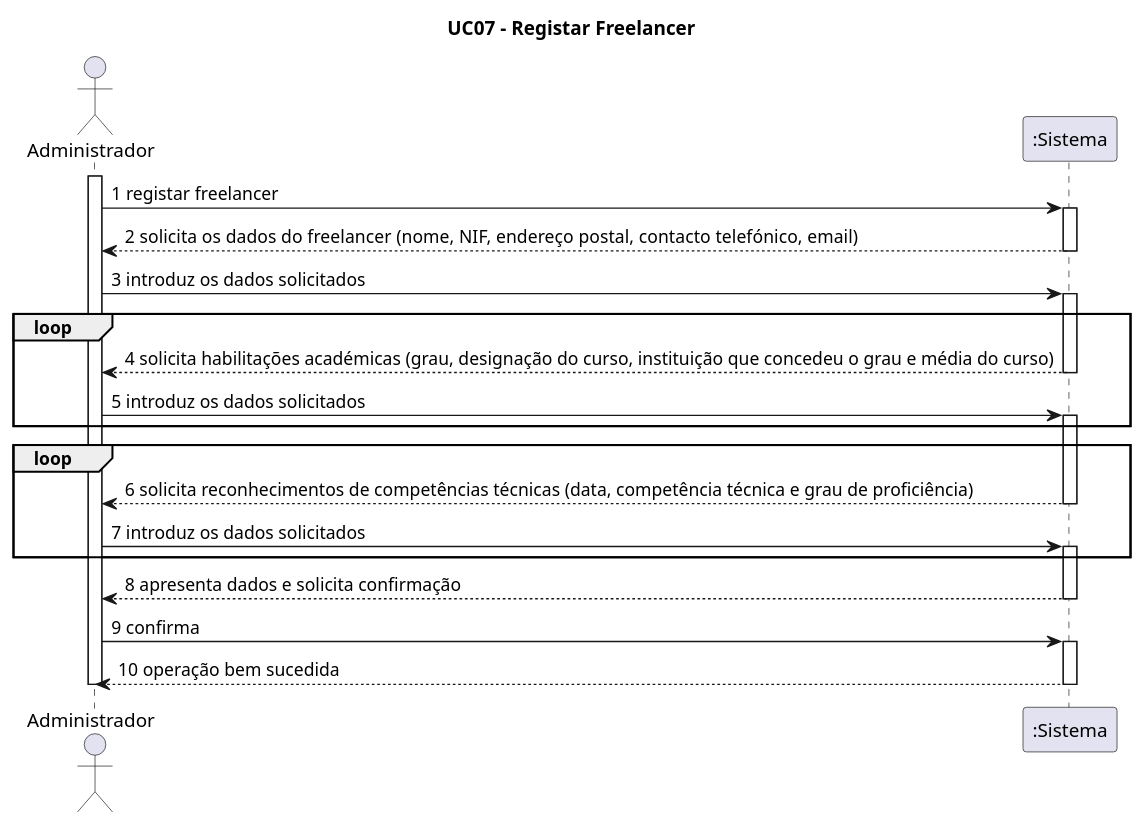
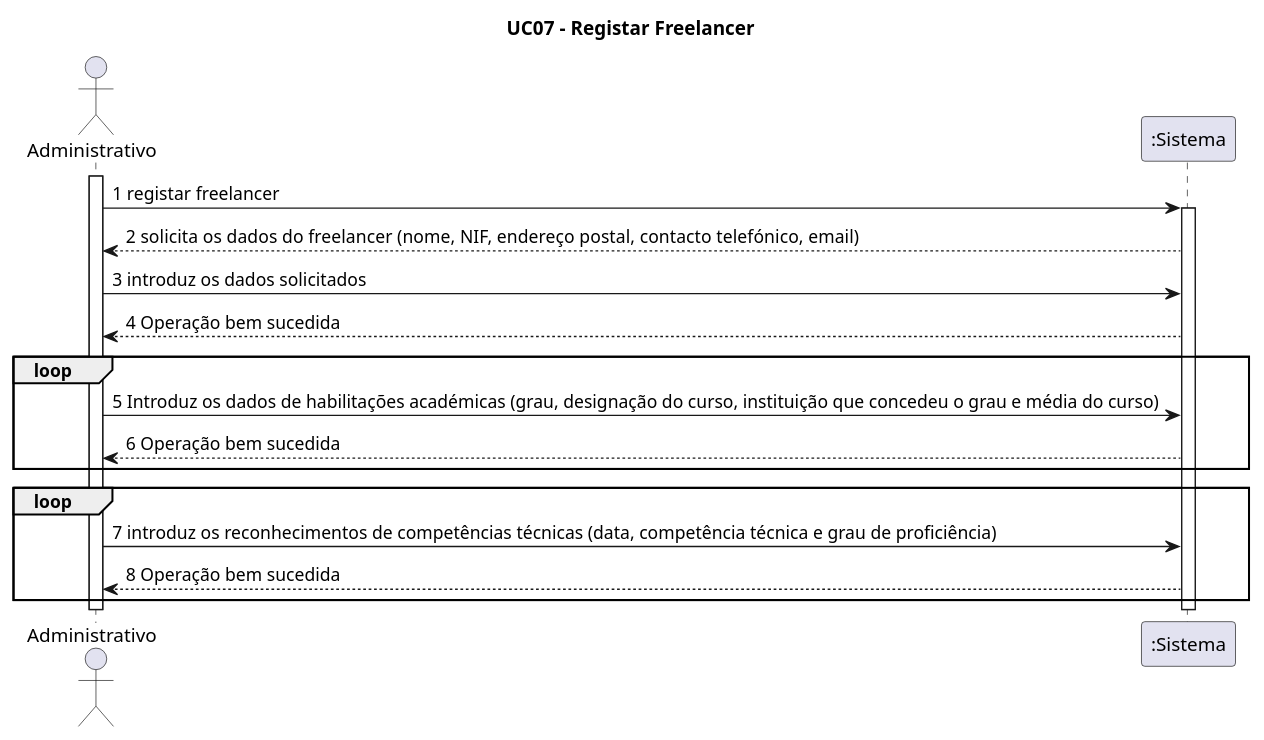
Before and after one commit to blestonbandeiraUPSKILL/upskill_java1_labprg_grupo2: the diagram in Documentação/Sprint 3/UC07_Registar_Freelancer/UC07_Registar_Freelancer_Diagrama_Sequencia_Sistema.puml, drawn with PlantUML. The commit also changed 7 other files, not shown here.

```diff
--- a/Documentação/Sprint 3/UC07_Registar_Freelancer/UC07_Registar_Freelancer_Diagrama_Sequencia_Sistema.puml
+++ b/Documentação/Sprint 3/UC07_Registar_Freelancer/UC07_Registar_Freelancer_Diagrama_Sequencia_Sistema.puml
@@ -1,49 +1,32 @@
 @startuml
 
 title UC07 - Registar Freelancer
 
-actor Administrador
+actor Administrativo
 participant ":Sistema" as Sistema
 
-activate Administrador
+activate Administrativo
 
-Administrador -> Sistema : 1 registar freelancer
+Administrativo -> Sistema : 1 registar freelancer
 activate Sistema
 
-Sistema --> Administrador: 2 solicita os dados  do freelancer (nome, NIF, endereço postal, contacto telefónico, email)
-deactivate Sistema
+Sistema --> Administrativo: 2 solicita os dados  do freelancer (nome, NIF, endereço postal, contacto telefónico, email)
 
-Administrador -> Sistema: 3 introduz os dados solicitados
-activate Sistema
+Administrativo -> Sistema: 3 introduz os dados solicitados
+Sistema --> Administrativo: 4 Operação bem sucedida
 
 loop
-
-Sistema --> Administrador: 4 solicita habilitações académicas (grau, designação do curso, instituição que concedeu o grau e média do curso)
-deactivate Sistema
-
-Administrador -> Sistema: 5 introduz os dados solicitados
-activate Sistema
-
+Administrativo -> Sistema : 5 Introduz os dados de habilitações académicas (grau, designação do curso, instituição que concedeu o grau e média do curso)
+Sistema --> Administrativo : 6 Operação bem sucedida
 end
 
 loop
+Administrativo -> Sistema: 7 introduz os reconhecimentos de competências técnicas (data, competência técnica e grau de proficiência)
+Sistema --> Administrativo: 8 Operação bem sucedida
+end
 
-Sistema --> Administrador: 6 solicita reconhecimentos de competências técnicas (data, competência técnica e grau de proficiência)
+
+deactivate Administrativo
 deactivate Sistema
 
-Administrador -> Sistema: 7 introduz os dados solicitados
-activate Sistema
-
-end
-
-Sistema --> Administrador: 8 apresenta dados e solicita confirmação
-deactivate Sistema
-
-Administrador -> Sistema: 9 confirma
-activate Sistema
-
-Sistema --> Administrador: 10 operação bem sucedida
-deactivate Sistema
-deactivate Administrador
-
 @enduml
```
